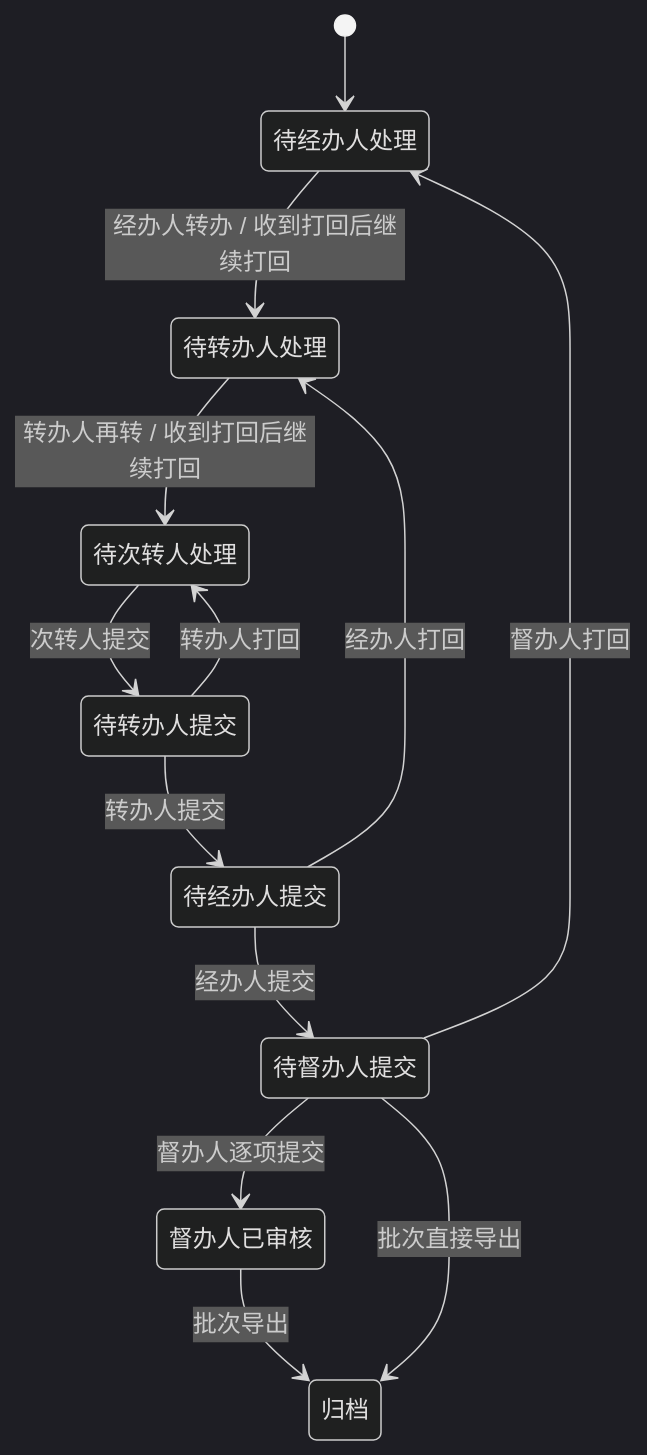
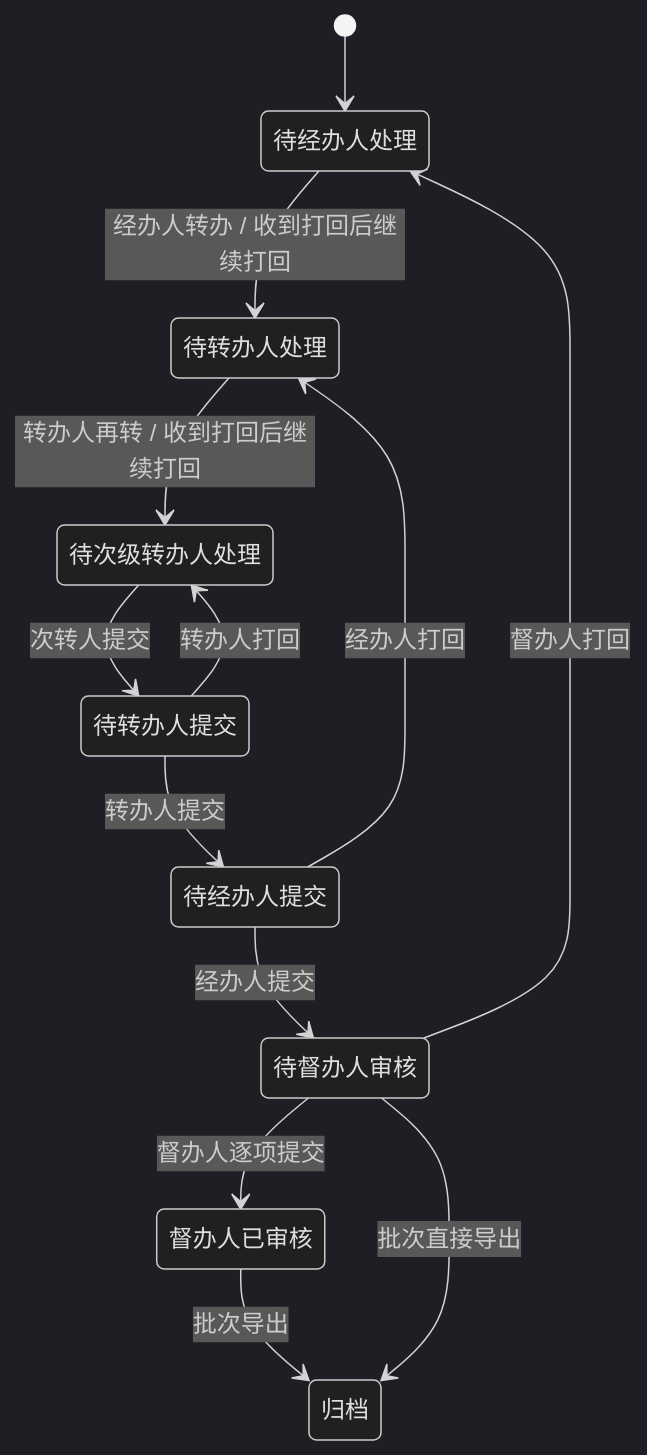
The second of 6 diagrams in ledger-v2/designs/ledger-v2/flows.md (sushanglewis/WeLink), drawn with Mermaid (dark theme) before and after one commit. The commit also changed other lines of this file and 23 other files, not shown here.

````diff
--- a/ledger-v2/designs/ledger-v2/flows.md
+++ b/ledger-v2/designs/ledger-v2/flows.md
@@ -22,23 +22,23 @@
 ```mermaid
 stateDiagram-v2
     state "待经办人处理" as H
     state "待转办人处理" as T
-    state "待次转人处理" as S
+    state "待次级转办人处理" as S
     state "待转办人提交" as TA
     state "待经办人提交" as HA
-    state "待督办人提交" as SA
+    state "待督办人审核" as SA
     state "督办人已审核" as SD
     state "归档" as AR
     [*] --> H
     H --> T: 经办人转办 / 收到打回后继续打回
     T --> S: 转办人再转 / 收到打回后继续打回
     S --> TA: 次转人提交
     TA --> S: 转办人打回
     TA --> HA: 转办人提交
     HA --> T: 经办人打回
     HA --> SA: 经办人提交
     SA --> H: 督办人打回
     SA --> SD: 督办人逐项提交
     SD --> AR: 批次导出
     SA --> AR: 批次直接导出
 ```
````
